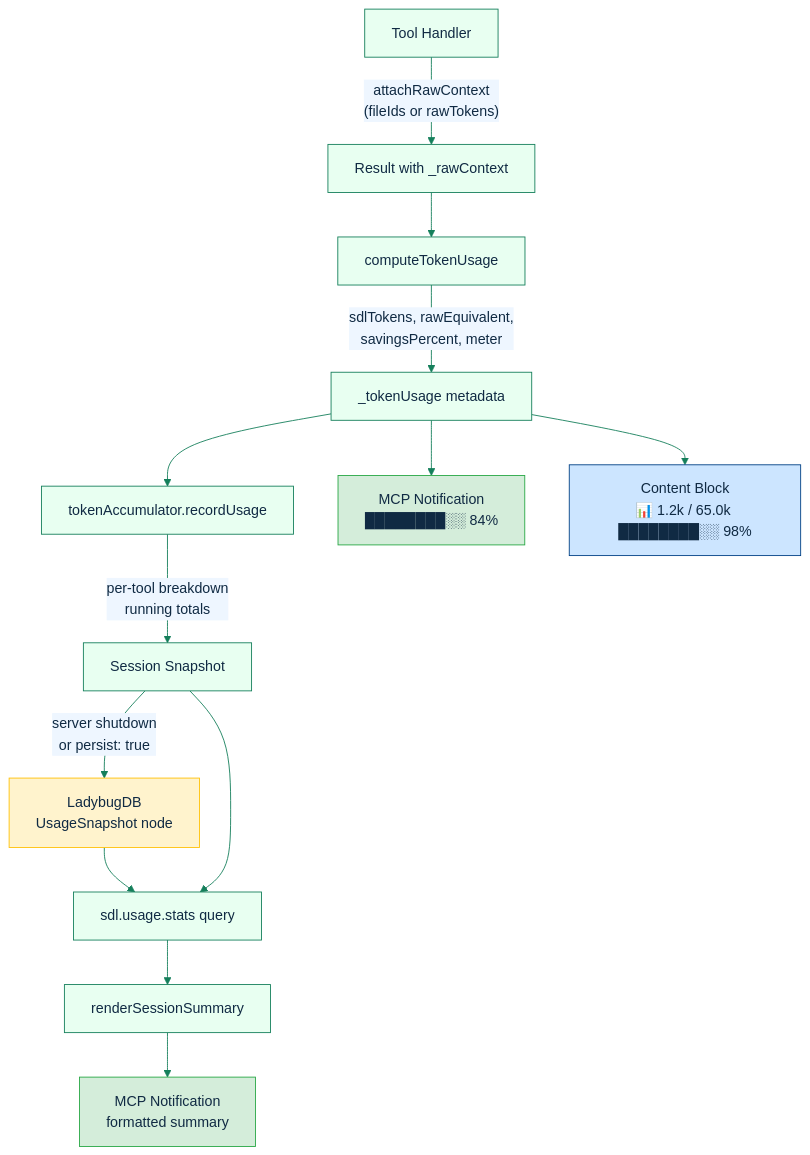
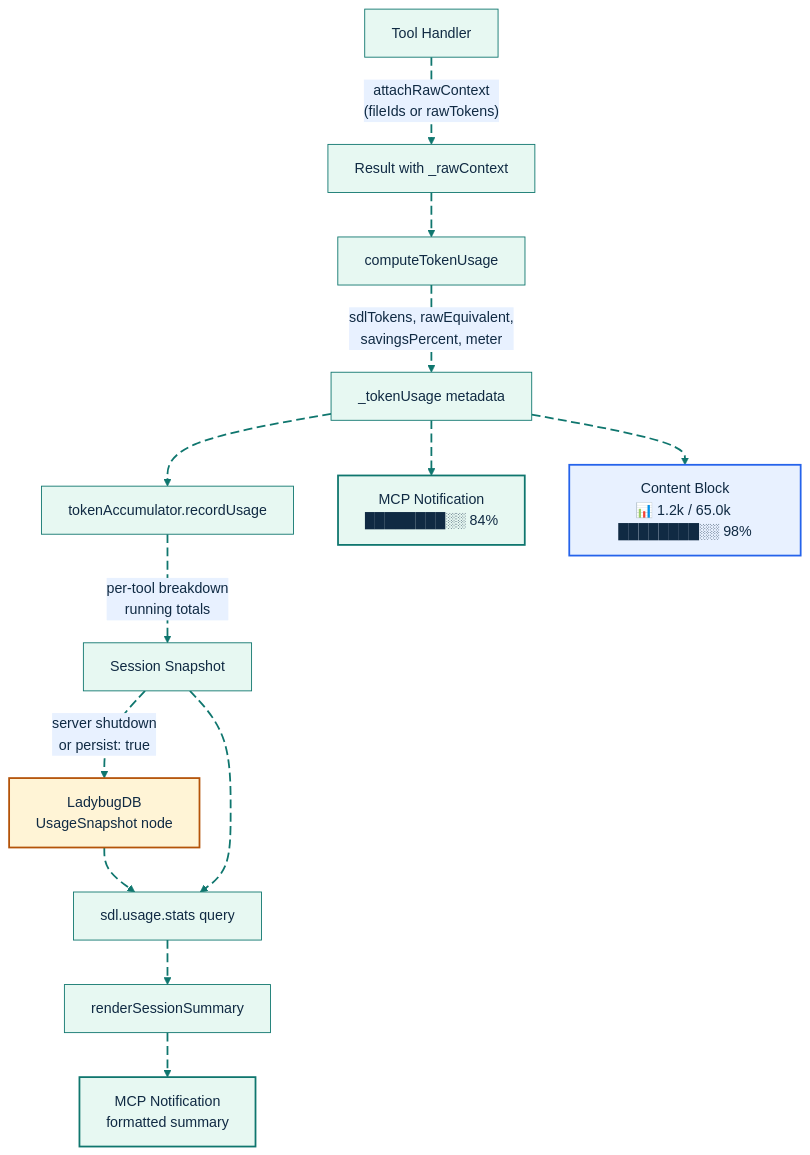
The third of 3 diagrams in docs/feature-deep-dives/token-savings-meter.md (GlitterKill/sdl-mcp), drawn with Mermaid before and after one commit. The commit also changed other lines of this file and 33 other files, not shown here.

First line of the commit message:
docs: update mermaid diagram themes and styling across documentation

````diff
--- a/docs/feature-deep-dives/token-savings-meter.md
+++ b/docs/feature-deep-dives/token-savings-meter.md
@@ -243,26 +266,35 @@
 ```mermaid
-%%{init: {"theme":"base","themeVariables":{"primaryColor":"#e8fff1","primaryBorderColor":"#157f5b","primaryTextColor":"#102a43","secondaryColor":"#eef6ff","secondaryBorderColor":"#2563eb","tertiaryColor":"#fff4d6","tertiaryBorderColor":"#b45309","lineColor":"#157f5b","fontFamily":"Trebuchet MS, Arial"},"flowchart":{"curve":"basis"}}}%%
+%%{init: {"theme":"base","themeVariables":{"background":"#ffffff","primaryColor":"#E7F8F2","primaryBorderColor":"#0F766E","primaryTextColor":"#102A43","secondaryColor":"#E8F1FF","secondaryBorderColor":"#2563EB","secondaryTextColor":"#102A43","tertiaryColor":"#FFF4D6","tertiaryBorderColor":"#B45309","tertiaryTextColor":"#102A43","lineColor":"#0F766E","textColor":"#102A43","fontFamily":"Inter, ui-sans-serif, system-ui, -apple-system, BlinkMacSystemFont, Segoe UI, sans-serif"},"flowchart":{"curve":"basis","htmlLabels":true}}}%%
 flowchart TD
-    H["Tool Handler"] -->|"attachRawContext<br/>(fileIds or rawTokens)"| R["Result with _rawContext"]
+    H["Tool Handler"] e1@-->|"attachRawContext<br/>(fileIds or rawTokens)"| R["Result with _rawContext"]
 
-    R --> C["computeTokenUsage"]
-    C -->|"sdlTokens, rawEquivalent,<br/>savingsPercent, meter"| U["_tokenUsage metadata"]
+    R e2@--> C["computeTokenUsage"]
+    C e3@-->|"sdlTokens, rawEquivalent,<br/>savingsPercent, meter"| U["_tokenUsage metadata"]
 
-    U --> A["tokenAccumulator.recordUsage"]
-    A -->|"per-tool breakdown<br/>running totals"| S["Session Snapshot"]
+    U e4@--> A["tokenAccumulator.recordUsage"]
+    A e5@-->|"per-tool breakdown<br/>running totals"| S["Session Snapshot"]
 
-    U --> N1["MCP Notification<br/>████████░░ 84%"]
-    U --> B["Content Block<br/>📊 1.2k / 65.0k ████████░░ 98%"]
+    U e6@--> N1["MCP Notification<br/>████████░░ 84%"]
+    U e7@--> B["Content Block<br/>📊 1.2k / 65.0k ████████░░ 98%"]
 
-    S -->|"server shutdown<br/>or persist: true"| DB["LadybugDB<br/>UsageSnapshot node"]
+    S e8@-->|"server shutdown<br/>or persist: true"| DB["LadybugDB<br/>UsageSnapshot node"]
 
-    DB --> Q["sdl.usage.stats query"]
-    S --> Q
-    Q --> RS["renderSessionSummary"]
-    RS --> N3["MCP Notification<br/>formatted summary"]
+    DB e9@--> Q["sdl.usage.stats query"]
+    S e10@--> Q
+    Q e11@--> RS["renderSessionSummary"]
+    RS e12@--> N3["MCP Notification<br/>formatted summary"]
 
-    style N1 fill:#d4edda,stroke:#28a745
-    style N3 fill:#d4edda,stroke:#28a745
-    style B fill:#cce5ff,stroke:#004085
-    style DB fill:#fff3cd,stroke:#ffc107
+    style N1 fill:#E7F8F2,stroke:#0F766E,stroke-width:2px,color:#102A43
+    style N3 fill:#E7F8F2,stroke:#0F766E,stroke-width:2px,color:#102A43
+    style B fill:#E8F1FF,stroke:#2563EB,stroke-width:2px,color:#102A43
+    style DB fill:#FFF4D6,stroke:#B45309,stroke-width:2px,color:#102A43
+
+    classDef source fill:#E7F8F2,stroke:#0F766E,stroke-width:2px,color:#102A43;
+    classDef process fill:#E8F1FF,stroke:#2563EB,stroke-width:2px,color:#102A43;
+    classDef decision fill:#FFF4D6,stroke:#B45309,stroke-width:2px,color:#102A43;
+    classDef storage fill:#F2E8FF,stroke:#7C3AED,stroke-width:2px,color:#102A43;
+    classDef output fill:#FFE8EF,stroke:#BE123C,stroke-width:2px,color:#102A43;
+    classDef muted fill:#F8FAFC,stroke:#64748B,stroke-width:1px,color:#102A43;
+    classDef animate stroke:#0F766E,stroke-width:2px,stroke-dasharray:10\,5,stroke-dashoffset:900,animation:dash 22s linear infinite;
+    class e1,e2,e3,e4,e5,e6,e7,e8,e9,e10,e11,e12 animate;
 ```
````
